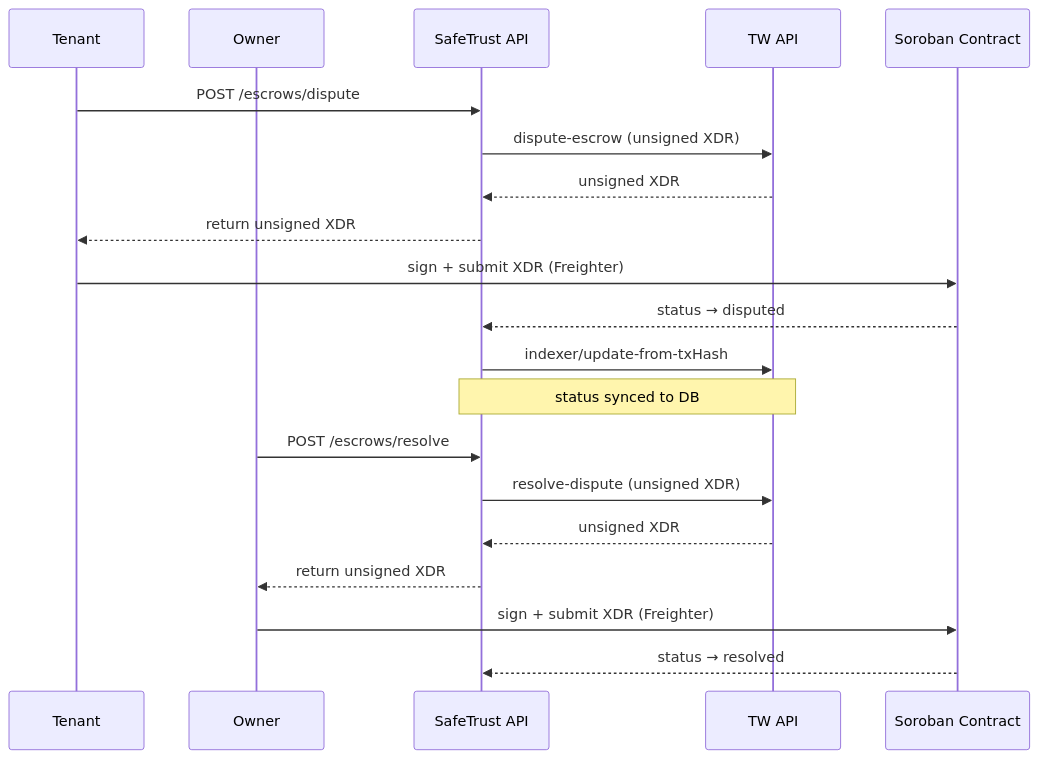
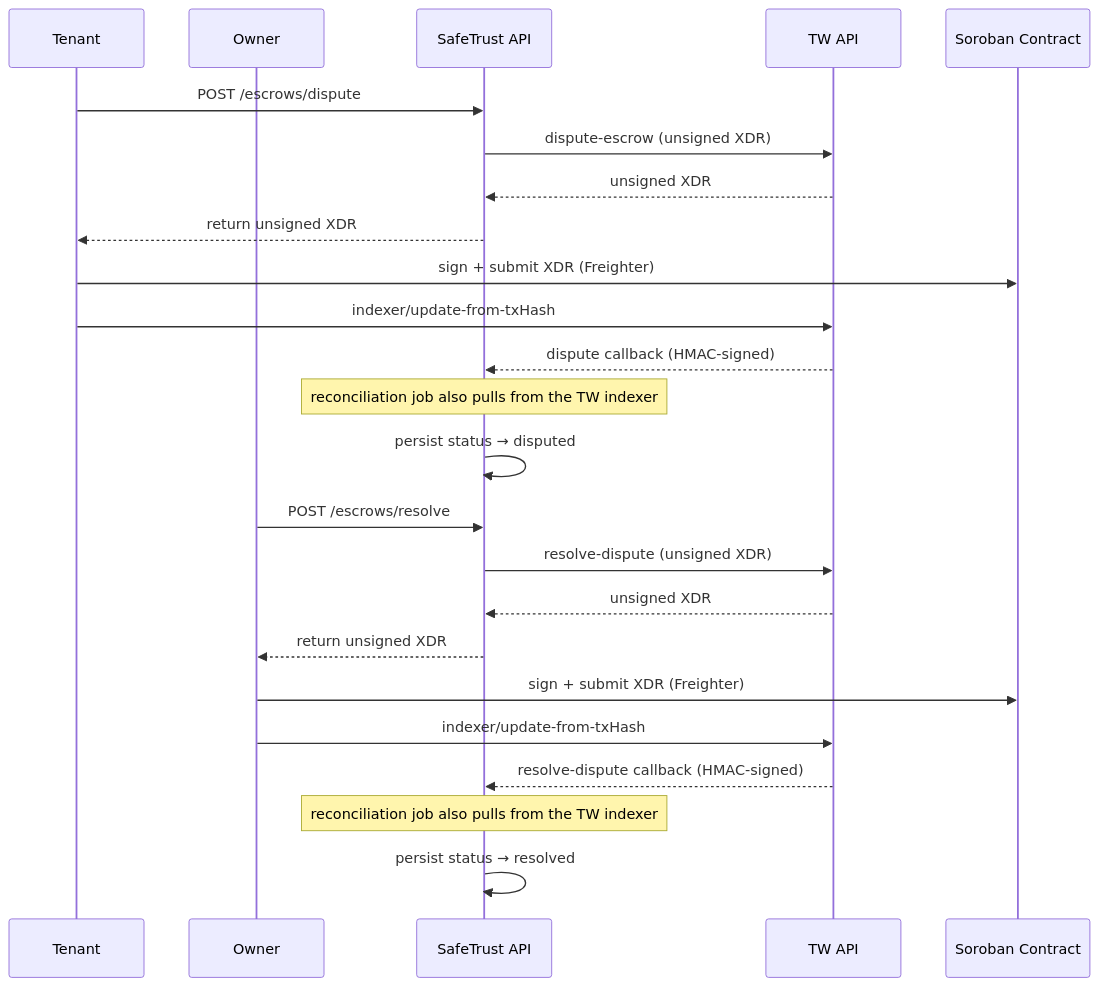
Before and after one commit to safetrustcr/backend-SafeTrust: the first of 3 diagrams in docs/stellar/dispute-resolve.md, drawn with Mermaid. The commit also changed other lines of this file, not shown here.

First line of the commit message:
docs: correct dispute status synchronization and transitions

````diff
--- a/docs/stellar/dispute-resolve.md
+++ b/docs/stellar/dispute-resolve.md
@@ -28,24 +29,28 @@
 ```mermaid
 sequenceDiagram
     participant T as Tenant
     participant O as Owner
     participant ST as SafeTrust API
     participant TW as TW API
     participant SC as Soroban Contract
 
     T->>ST: POST /escrows/dispute
     ST->>TW: dispute-escrow (unsigned XDR)
     TW-->>ST: unsigned XDR
     ST-->>T: return unsigned XDR
     T->>SC: sign + submit XDR (Freighter)
-    SC-->>ST: status → disputed
-    ST->>TW: indexer/update-from-txHash
-    Note over ST,TW: status synced to DB
+    T->>TW: indexer/update-from-txHash
+    TW-->>ST: dispute callback (HMAC-signed)
+    Note over ST: reconciliation job also pulls from the TW indexer
+    ST->>ST: persist status → disputed
 
     O->>ST: POST /escrows/resolve
     ST->>TW: resolve-dispute (unsigned XDR)
     TW-->>ST: unsigned XDR
     ST-->>O: return unsigned XDR
     O->>SC: sign + submit XDR (Freighter)
-    SC-->>ST: status → resolved
+    O->>TW: indexer/update-from-txHash
+    TW-->>ST: resolve-dispute callback (HMAC-signed)
+    Note over ST: reconciliation job also pulls from the TW indexer
+    ST->>ST: persist status → resolved
 ```
````
